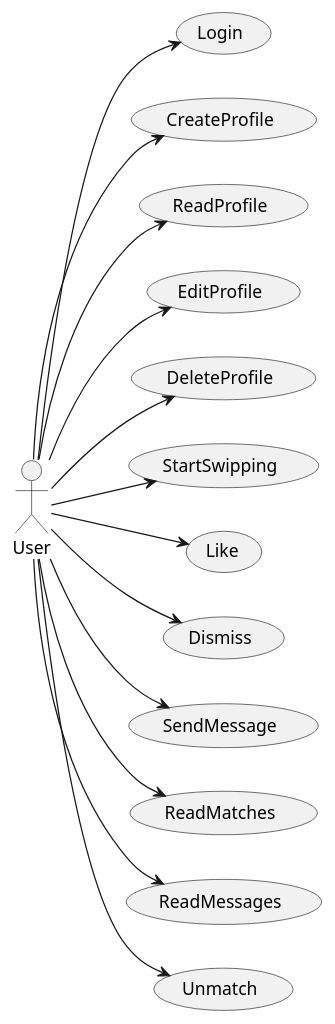
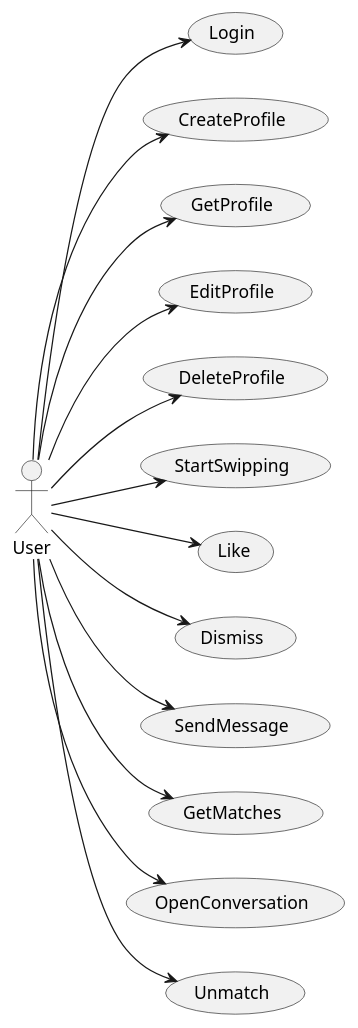
One commit to fraylopez/tinder changed the diagram in docs/src/use-cases/ main.puml. Above: the diagram before and after it, drawn with PlantUML. The commit also changed 1 other file, not shown here.

Commit message:
Improved diagrams

```diff
--- a/docs/src/use-cases/ main.puml
+++ b/docs/src/use-cases/ main.puml
@@ -1,35 +1,35 @@
 @startuml
 left to right direction
 
 actor User
 
 usecase Login
 usecase CreateProfile 
-usecase ReadProfile 
+usecase GetProfile 
 usecase EditProfile 
 usecase DeleteProfile 
 usecase StartSwipping
 usecase Like
 usecase Dismiss
 usecase SendMessage
-usecase ReadMatches
-usecase ReadMessages
+usecase GetMatches
+usecase OpenConversation
 usecase Unmatch
 
 
 User --> Login
 User --> CreateProfile
 User --> DeleteProfile
 User --> EditProfile
-User --> ReadProfile
+User --> GetProfile
 User --> SendMessage
-User --> ReadMessages
-User --> ReadMatches
+User --> OpenConversation
+User --> GetMatches
 User --> Unmatch
 User --> StartSwipping
 User --> Like
 User --> Dismiss
 
 
 
 @enduml
```
